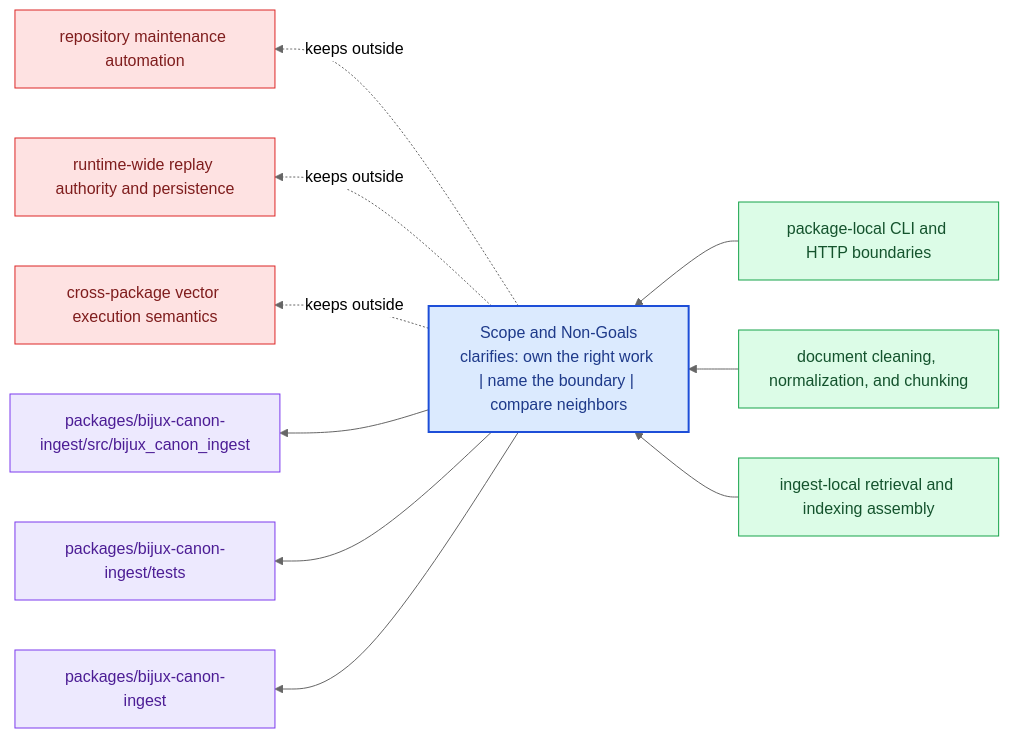
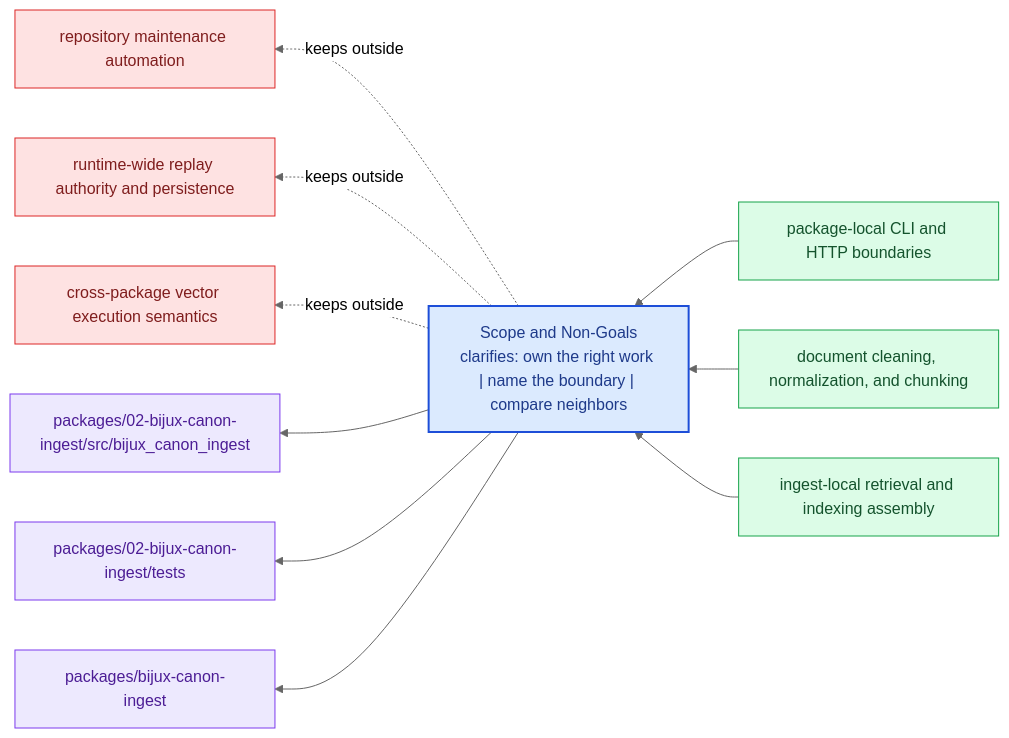
One commit to bijux/bijux-canon changed the diagram in docs/02-bijux-canon-ingest/foundation/scope-and-non-goals.md. Above: the diagram before and after it, drawn with Mermaid (neutral theme). The commit also changed other lines of this file and 167 other files, not shown here.

````diff
--- a/docs/02-bijux-canon-ingest/foundation/scope-and-non-goals.md
+++ b/docs/02-bijux-canon-ingest/foundation/scope-and-non-goals.md
@@ -24,31 +24,31 @@
 ```mermaid
 flowchart RL
     page["Scope and Non-Goals<br/>clarifies: own the right work | name the boundary | compare neighbors"]
     classDef page fill:#dbeafe,stroke:#1d4ed8,color:#1e3a8a,stroke-width:2px;
     classDef positive fill:#dcfce7,stroke:#16a34a,color:#14532d;
     classDef caution fill:#fee2e2,stroke:#dc2626,color:#7f1d1d;
     classDef anchor fill:#ede9fe,stroke:#7c3aed,color:#4c1d95;
     classDef action fill:#fef3c7,stroke:#d97706,color:#7c2d12;
     own1["package-local CLI and HTTP boundaries"]
     own1 --> page
     own2["document cleaning, normalization, and chunking"]
     own2 --> page
     own3["ingest-local retrieval and indexing assembly"]
     own3 --> page
     limit1["repository maintenance automation"]
     page -.keeps outside.-> limit1
     limit2["runtime-wide replay authority and persistence"]
     page -.keeps outside.-> limit2
     limit3["cross-package vector execution semantics"]
     page -.keeps outside.-> limit3
-    anchor1["packages/bijux-canon-ingest/src/bijux_canon_ingest"]
+    anchor1["packages/02-bijux-canon-ingest/src/bijux_canon_ingest"]
     page --> anchor1
-    anchor2["packages/bijux-canon-ingest/tests"]
+    anchor2["packages/02-bijux-canon-ingest/tests"]
     page --> anchor2
     anchor3["packages/bijux-canon-ingest"]
     page --> anchor3
     class page page;
     class own1,own2,own3 positive;
     class limit1,limit2,limit3 caution;
     class anchor1,anchor2,anchor3 anchor;
 ```
````
